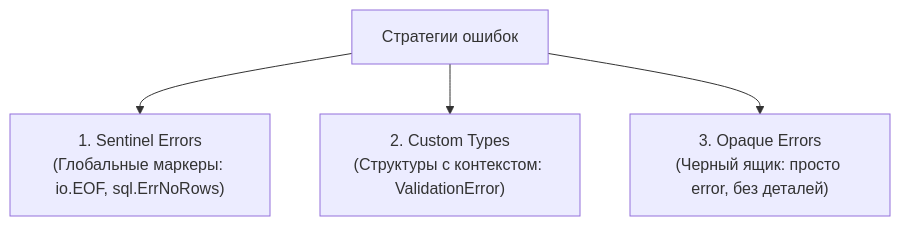
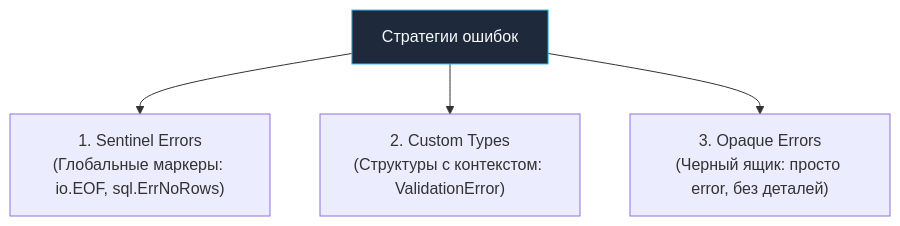
The third of 4 diagrams in sources/6. Стандартная библиотека Go/3. errors. Создание, оборачивание и сравнение ошибок.md (UnrealTemplier/go-textbook), drawn with Mermaid before and after one commit. The commit also changed other lines of this file and 1666 other files, not shown here.

First line of the commit message:
feat(mermaid): add semantic color classDef to 1369 colorless flowchart/graph diagrams

````diff
--- a/sources/6. Стандартная библиотека Go/3. errors. Создание, оборачивание и сравнение ошибок.md
+++ b/sources/6. Стандартная библиотека Go/3. errors. Создание, оборачивание и сравнение ошибок.md
@@ -120,6 +140,16 @@
 ```mermaid
 flowchart TD
-    E["Стратегии ошибок"] --> S1["1. Sentinel Errors<br>(Глобальные маркеры: io.EOF, sql.ErrNoRows)"]
+    classDef process  fill:#1e293b,stroke:#38bdf8,stroke-width:1px,color:#f8fafc
+    classDef success  fill:#064e3b,stroke:#34d399,stroke-width:1px,color:#f8fafc
+    classDef error    fill:#7f1d1d,stroke:#f87171,stroke-width:1px,color:#f8fafc
+    classDef warning  fill:#78350f,stroke:#fbbf24,stroke-width:1px,color:#f8fafc
+    classDef entry    fill:#1e3a5f,stroke:#38bdf8,stroke-width:2px,color:#f8fafc
+    classDef aux      fill:#334155,stroke:#64748b,stroke-width:1px,color:#f8fafc
+    classDef system   fill:#312e81,stroke:#a78bfa,stroke-width:1px,color:#f8fafc
+    classDef data     fill:#132d29,stroke:#2dd4bf,stroke-width:1px,color:#f8fafc
+    classDef network  fill:#881337,stroke:#fb7185,stroke-width:1px,color:#f8fafc
+    classDef accent   fill:#1e1b4b,stroke:#818cf8,stroke-width:1px,color:#f8fafc
+    E["Стратегии ошибок"]:::process --> S1["1. Sentinel Errors<br>(Глобальные маркеры: io.EOF, sql.ErrNoRows)"]
     E --> S2["2. Custom Types<br>(Структуры с контекстом: ValidationError)"]
     E --> S3["3. Opaque Errors<br>(Черный ящик: просто error, без деталей)"]
 ```
````
